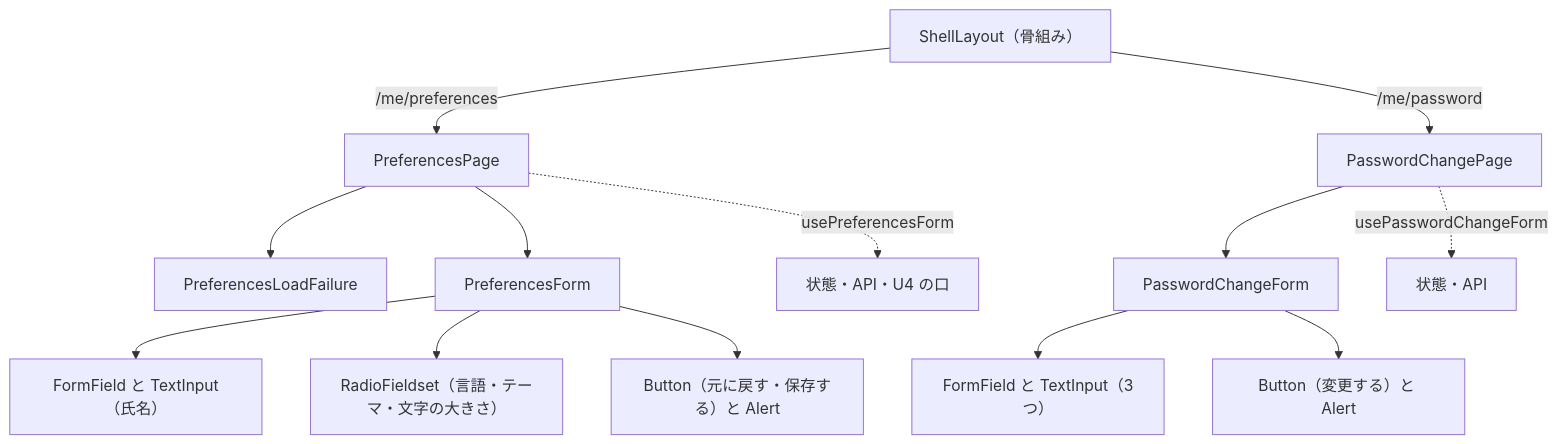
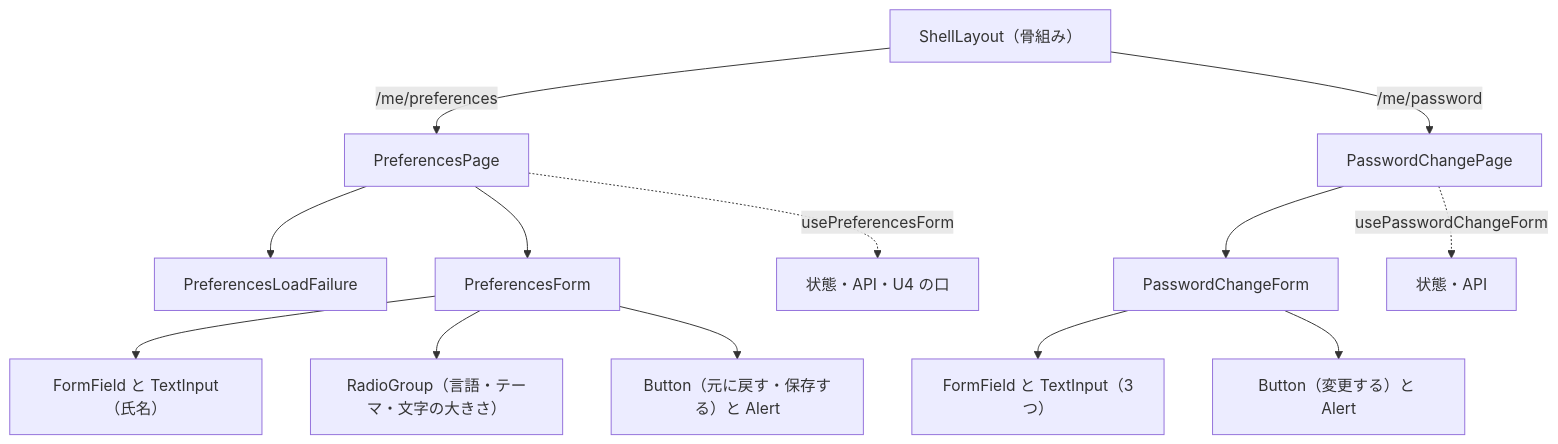
One commit to agwlvssainokuni/mastersmith2 changed the diagram in aidlc/spaces/default/intents/260925-user-management/construction/u7-preferences-ui/functional-design/frontend-components.md. Above: the diagram before and after it, drawn with Mermaid. The commit also changed other lines of this file and 37 other files, not shown here.

Commit message:
Functional Design を承認（全 8 単位。Request Changes で U3 R-01 招待した管理者は氏名だけ、R-02 有効期限の時間の数を差し込む値に、U1 R-01 空の値の拒否、U4 R-01 登録の完了の API を公開のパスに、U5 R-01 送り直しの流れを直し、make-you-chic-ui の新しい部品（RadioGroup・Table・Modal・Dropdown・Button）に置き換えて全単位を再レビュー、全単位 READY。契約 C5・C8・C10 への反映は後の段、学び3件を保存）

````diff
--- a/aidlc/spaces/default/intents/260925-user-management/construction/u7-preferences-ui/functional-design/frontend-components.md
+++ b/aidlc/spaces/default/intents/260925-user-management/construction/u7-preferences-ui/functional-design/frontend-components.md
@@ -22,15 +22,15 @@
 ```mermaid
 flowchart TD
   SHELL["ShellLayout（骨組み）"] -->|"/me/preferences"| PP["PreferencesPage"]
   SHELL -->|"/me/password"| PCP["PasswordChangePage"]
   PP --> LF["PreferencesLoadFailure"]
   PP --> PF["PreferencesForm"]
   PF --> NAME["FormField と TextInput（氏名）"]
-  PF --> RF["RadioFieldset（言語・テーマ・文字の大きさ）"]
+  PF --> RF["RadioGroup（言語・テーマ・文字の大きさ）"]
   PF --> PBTN["Button（元に戻す・保存する）と Alert"]
   PCP --> PCF["PasswordChangeForm"]
   PCF --> PWD["FormField と TextInput（3つ）"]
   PCF --> CBTN["Button（変更する）と Alert"]
   PP -.->|"usePreferencesForm"| HOOK1["状態・API・U4 の口"]
   PCP -.->|"usePasswordChangeForm"| HOOK2["状態・API"]
 ```
````
